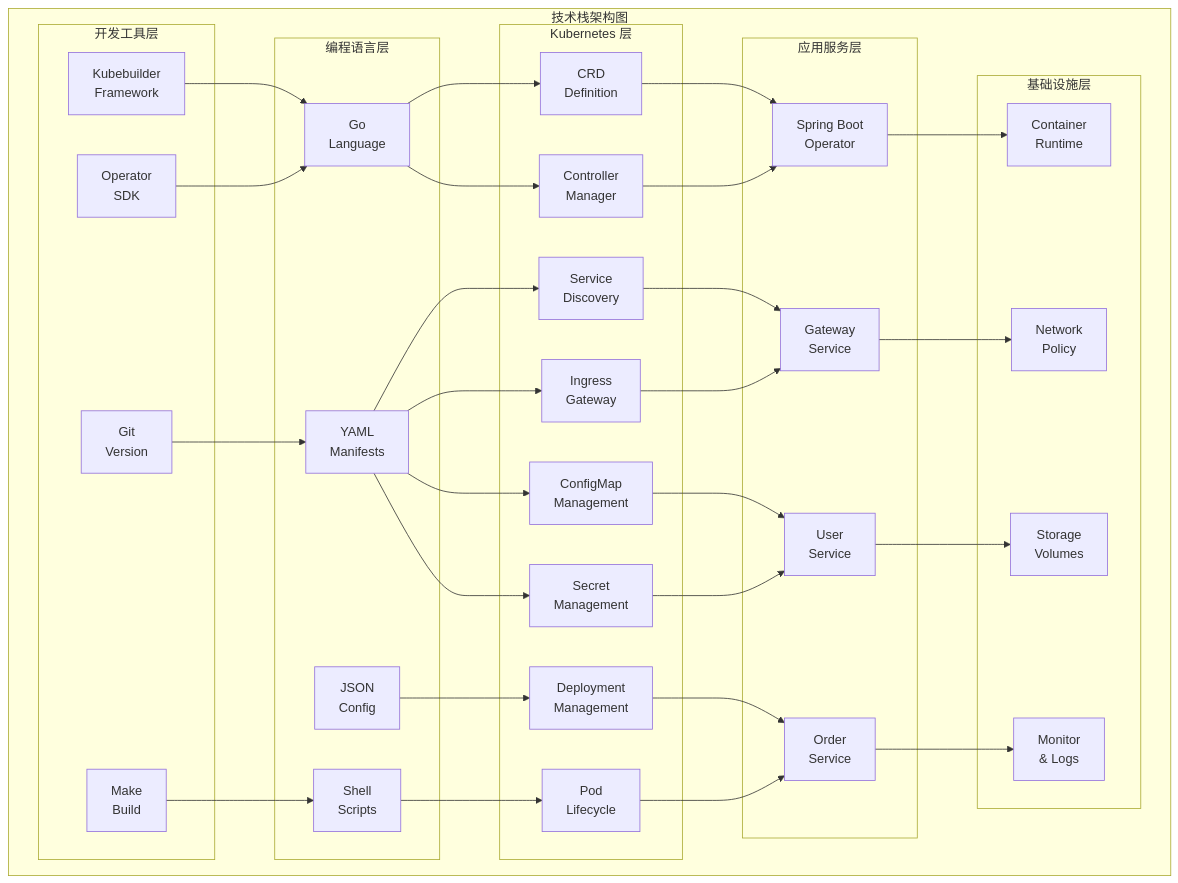
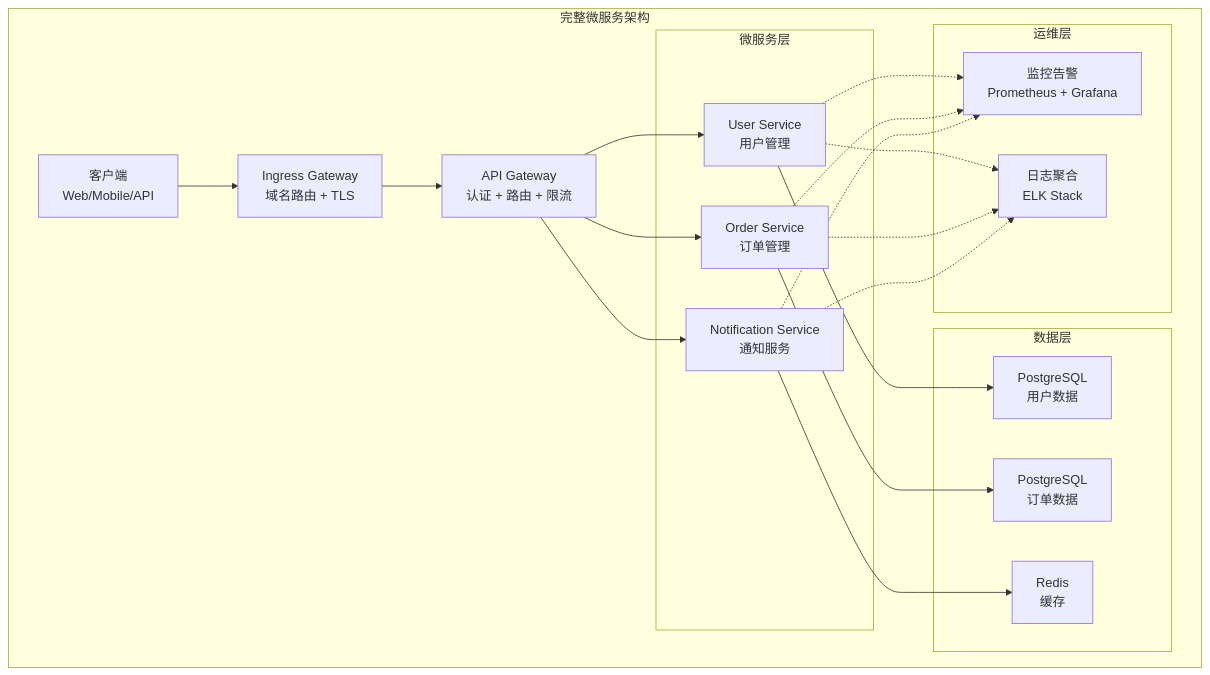
Diagram 11 of 16 in Advanced-Topics/operator/Spring-Boot-Operator.md (leonstack/kubernetes-hands-on-course), drawn with Mermaid before and after one commit. The commit also changed other lines of this file, not shown here.

````diff
--- a/Advanced-Topics/operator/Spring-Boot-Operator.md
+++ b/Advanced-Topics/operator/Spring-Boot-Operator.md
@@ -1692,71 +1592,45 @@
 ```mermaid
 graph TB
-    subgraph "技术栈架构图"
-        subgraph "开发工具层"
-            Tool1["Kubebuilder<br/>Framework"]
-            Tool2["Operator<br/>SDK"]
-            Tool3["Make<br/>Build"]
-            Tool4["Git<br/>Version"]
+    subgraph "完整微服务架构"
+        Client["客户端<br/>Web/Mobile/API"]
+        
+        Ingress["Ingress Gateway<br/>域名路由 + TLS"]
+        
+        Gateway["API Gateway<br/>认证 + 路由 + 限流"]
+        
+        subgraph "微服务层"
+            UserSvc["User Service<br/>用户管理"]
+            OrderSvc["Order Service<br/>订单管理"]
+            NotifySvc["Notification Service<br/>通知服务"]
         end
         
-        subgraph "编程语言层"
-            Lang1["Go<br/>Language"]
-            Lang2["YAML<br/>Manifests"]
-            Lang3["JSON<br/>Config"]
-            Lang4["Shell<br/>Scripts"]
+        subgraph "数据层"
+            UserDB["PostgreSQL<br/>用户数据"]
+            OrderDB["PostgreSQL<br/>订单数据"]
+            Redis["Redis<br/>缓存"]
         end
         
-        subgraph "Kubernetes 层"
-            K8s1["CRD<br/>Definition"]
-            K8s2["Controller<br/>Manager"]
-            K8s3["Service<br/>Discovery"]
-            K8s4["Ingress<br/>Gateway"]
-            K8s5["ConfigMap<br/>Management"]
-            K8s6["Secret<br/>Management"]
-            K8s7["Deployment<br/>Management"]
-            K8s8["Pod<br/>Lifecycle"]
-        end
-        
-        subgraph "应用服务层"
-            App1["Spring Boot<br/>Operator"]
-            App2["Gateway<br/>Service"]
-            App3["User<br/>Service"]
-            App4["Order<br/>Service"]
-        end
-        
-        subgraph "基础设施层"
-            Infra1["Container<br/>Runtime"]
-            Infra2["Network<br/>Policy"]
-            Infra3["Storage<br/>Volumes"]
-            Infra4["Monitor<br/>& Logs"]
+        subgraph "运维层"
+            Monitor["监控告警<br/>Prometheus + Grafana"]
+            Logs["日志聚合<br/>ELK Stack"]
         end
     end
     
-    Tool1 --> Lang1
-    Tool2 --> Lang1
-    Tool3 --> Lang4
-    Tool4 --> Lang2
+    Client --> Ingress
+    Ingress --> Gateway
+    Gateway --> UserSvc
+    Gateway --> OrderSvc
+    Gateway --> NotifySvc
     
-    Lang1 --> K8s1
-    Lang1 --> K8s2
-    Lang2 --> K8s3
-    Lang2 --> K8s4
-    Lang2 --> K8s5
-    Lang2 --> K8s6
-    Lang3 --> K8s7
-    Lang4 --> K8s8
+    UserSvc --> UserDB
+    OrderSvc --> OrderDB
+    NotifySvc --> Redis
     
-    K8s1 --> App1
-    K8s2 --> App1
-    K8s3 --> App2
-    K8s4 --> App2
-    K8s5 --> App3
-    K8s6 --> App3
-    K8s7 --> App4
-    K8s8 --> App4
+    UserSvc -.-> Monitor
+    OrderSvc -.-> Monitor
+    NotifySvc -.-> Monitor
     
-    App1 --> Infra1
-    App2 --> Infra2
-    App3 --> Infra3
-    App4 --> Infra4
+    UserSvc -.-> Logs
+    OrderSvc -.-> Logs
+    NotifySvc -.-> Logs
 ```
````
